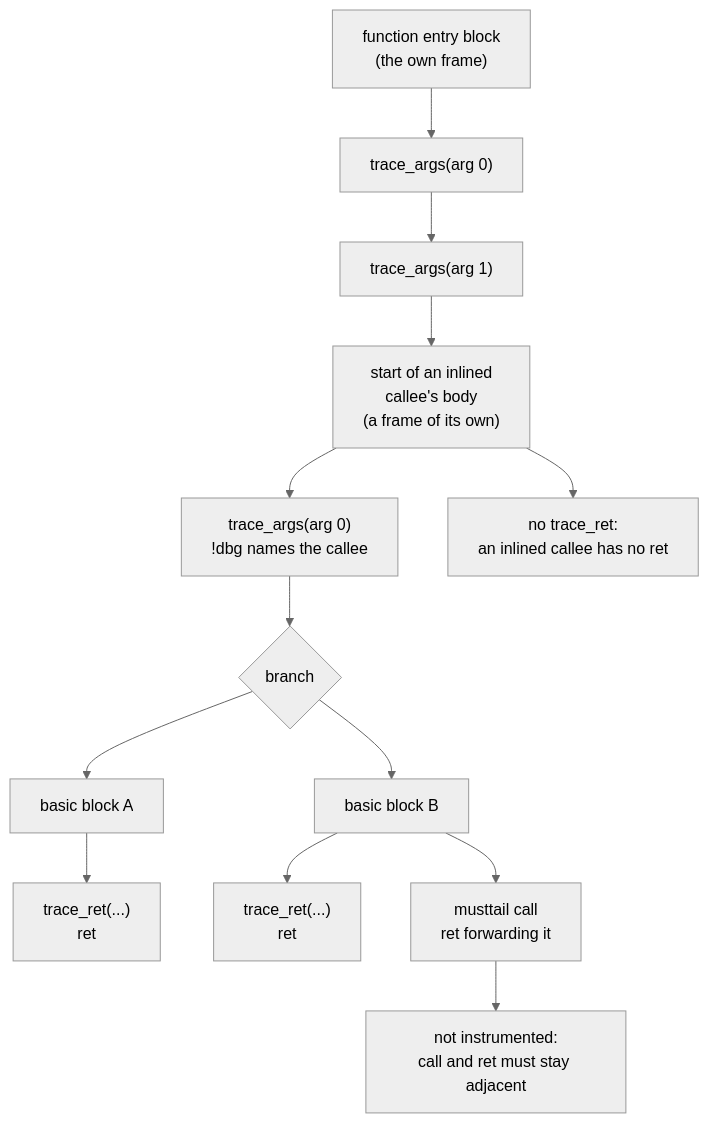
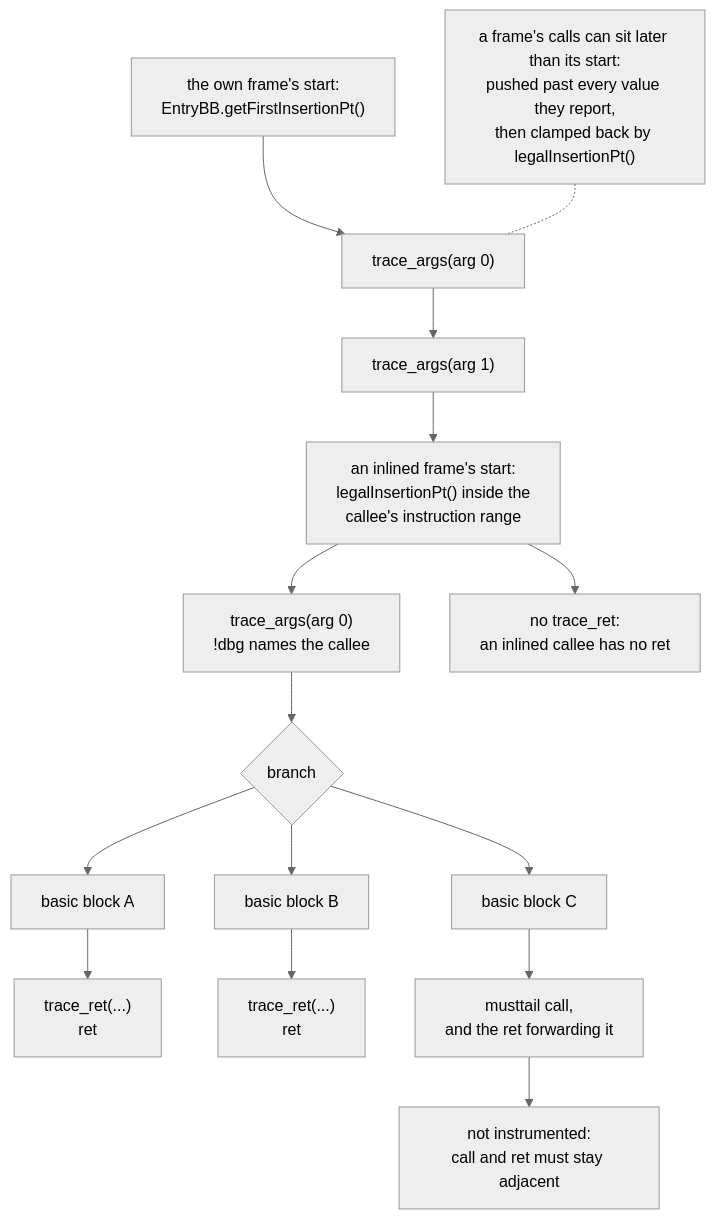
The diagram in diagrams/dg-16-placement.mmd (trace-args-ret/trace-args-ret.github.io), drawn with Mermaid (neutral theme) before and after one commit. The commit also changed 7 other files, not shown here.

```diff
--- a/diagrams/dg-16-placement.mmd
+++ b/diagrams/dg-16-placement.mmd
@@ -1,13 +1,17 @@
 flowchart TD
-    E["function entry block<br/>(the own frame)"] --> A0["trace_args(arg 0)"]
+    E["the own frame's start:<br/>EntryBB.getFirstInsertionPt()"] --> A0["trace_args(arg 0)"]
     A0 --> A1["trace_args(arg 1)"]
-    A1 --> IB["start of an inlined<br/>callee's body<br/>(a frame of its own)"]
+    A1 --> IB["an inlined frame's start:<br/>legalInsertionPt() inside the<br/>callee's instruction range"]
     IB --> C0["trace_args(arg 0)<br/>!dbg names the callee"]
     C0 --> BR{"branch"}
     BR --> B1["basic block A"]
     BR --> B2["basic block B"]
+    BR --> B3["basic block C"]
     B1 --> R1["trace_ret(...)<br/>ret"]
     B2 --> R2["trace_ret(...)<br/>ret"]
-    B2 --> MT["musttail call<br/>ret forwarding it"]
+    B3 --> MT["musttail call,<br/>and the ret forwarding it"]
     MT --> NI["not instrumented:<br/>call and ret must stay adjacent"]
     IB --> NR["no trace_ret:<br/>an inlined callee has no ret"]
+
+    N["a frame's calls can sit later than its start:<br/>pushed past every value they report,<br/>then clamped back by legalInsertionPt()"]
+    N -.- A0
```
